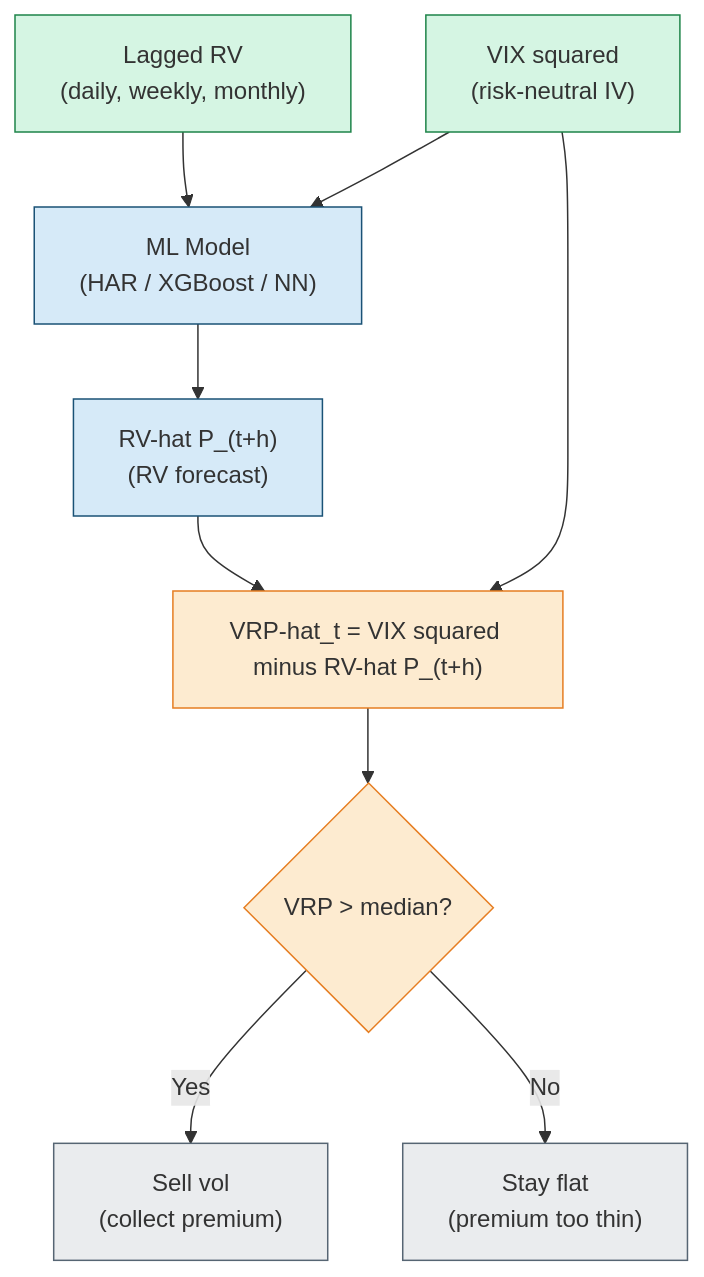
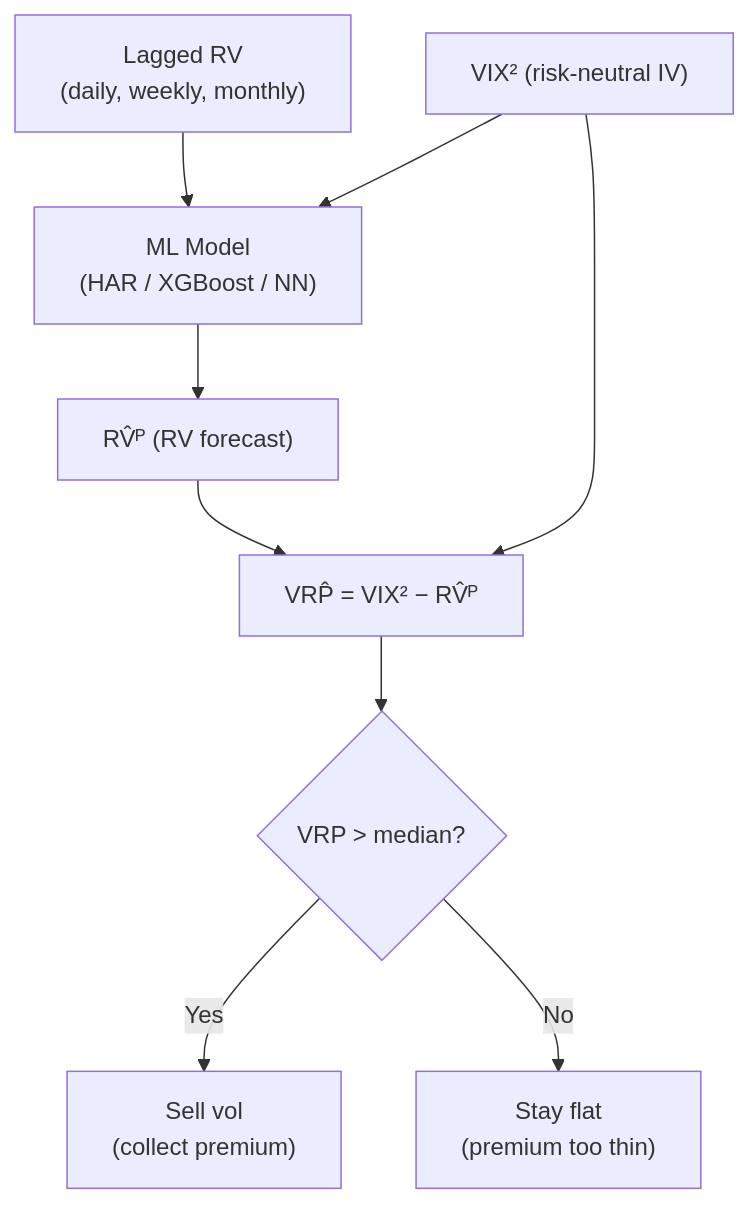
One commit to xRyann2255/ML-GS changed the diagram in vol-learning-guide/markdown/ch09-variance-risk-premium.md. Above: the diagram before and after it, drawn with Mermaid. The commit also changed other lines of this file and 19 other files, not shown here.

````diff
--- a/vol-learning-guide/markdown/ch09-variance-risk-premium.md
+++ b/vol-learning-guide/markdown/ch09-variance-risk-premium.md
@@ -345,29 +417,20 @@
 ```mermaid
 flowchart TD
     lagrv["Lagged RV<br/>(daily, weekly, monthly)"]
-    vix["VIX squared<br/>(risk-neutral IV)"]
+    vix["VIX² (risk-neutral IV)"]
     ml["ML Model<br/>(HAR / XGBoost / NN)"]
-    forecast["RV-hat P_(t+h)<br/>(RV forecast)"]
-    vrp["VRP-hat_t = VIX squared minus RV-hat P_(t+h)"]
+    forecast["RV̂ᴾ (RV forecast)"]
+    vrp["VRP̂ = VIX² − RV̂ᴾ"]
     decide{"VRP > median?"}
     sell["Sell vol<br/>(collect premium)"]
     flat["Stay flat<br/>(premium too thin)"]
 
     lagrv --> ml
     vix --> ml
     ml --> forecast
     forecast --> vrp
     vix --> vrp
     vrp --> decide
-    decide -- Yes --> sell
-    decide -- No --> flat
-
-    classDef data fill:#d5f5e3,stroke:#1e8449;
-    classDef model fill:#d6eaf8,stroke:#1a5276;
-    classDef compute fill:#fdebd0,stroke:#e67e22;
-    classDef outcome fill:#eaecee,stroke:#566573;
-    class lagrv,vix data;
-    class ml,forecast model;
-    class vrp,decide compute;
-    class sell,flat outcome;
+    decide -->|Yes| sell
+    decide -->|No| flat
 ```
````
